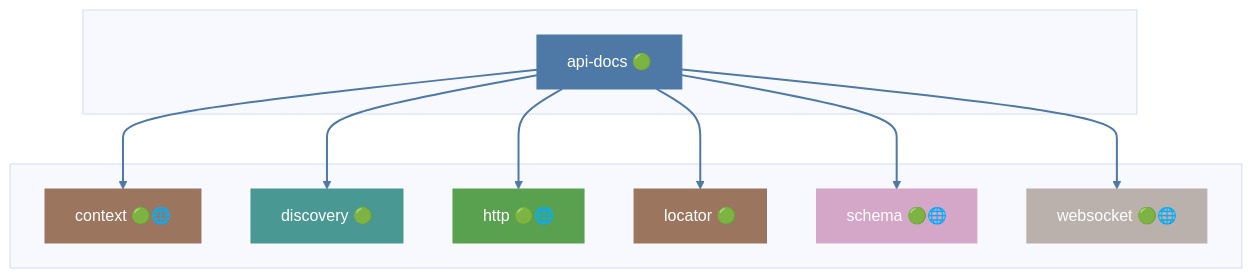
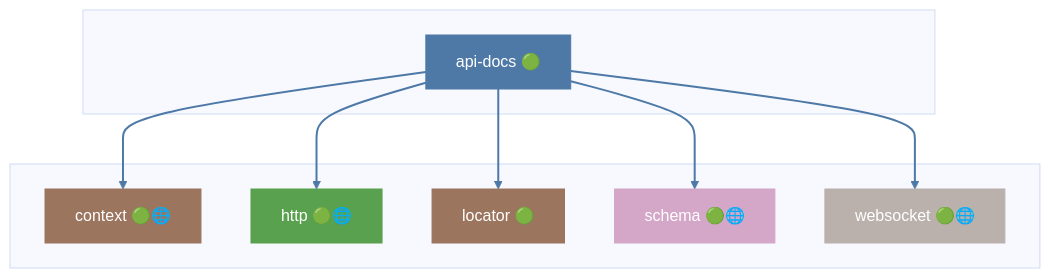
Before and after one commit to grest-ts/grest-ts: the second of 47 diagrams in docs/DEPENDENCIES.md, drawn with Mermaid (base theme). The commit also changed other lines of this file and 13 other files, not shown here.

````diff
--- a/docs/DEPENDENCIES.md
+++ b/docs/DEPENDENCIES.md
@@ -439,33 +433,29 @@
 ```mermaid
 flowchart TB
     subgraph Package[" "]
         api-docs["api-docs 🟢"]
     end
     subgraph Dependencies[" "]
         context["context 🟢🌐"]
-        discovery["discovery 🟢"]
         http["http 🟢🌐"]
         locator["locator 🟢"]
         schema["schema 🟢🌐"]
         websocket["websocket 🟢🌐"]
     end
     api-docs --> context
-    api-docs --> discovery
     api-docs --> http
     api-docs --> locator
     api-docs --> schema
     api-docs --> websocket
     style api-docs fill:#4E79A7,stroke:#4E79A7,color:#fff
     style context fill:#9C755F,stroke:#9C755F,color:#fff
-    style discovery fill:#499894,stroke:#499894,color:#fff
     style http fill:#59A14F,stroke:#59A14F,color:#fff
     style locator fill:#9C755F,stroke:#9C755F,color:#fff
     style schema fill:#D4A6C8,stroke:#D4A6C8,color:#fff
     style websocket fill:#BAB0AC,stroke:#BAB0AC,color:#fff
     linkStyle 0 stroke:#4E79A7,stroke-width:2px
     linkStyle 1 stroke:#4E79A7,stroke-width:2px
     linkStyle 2 stroke:#4E79A7,stroke-width:2px
     linkStyle 3 stroke:#4E79A7,stroke-width:2px
     linkStyle 4 stroke:#4E79A7,stroke-width:2px
-    linkStyle 5 stroke:#4E79A7,stroke-width:2px
 ```
````
